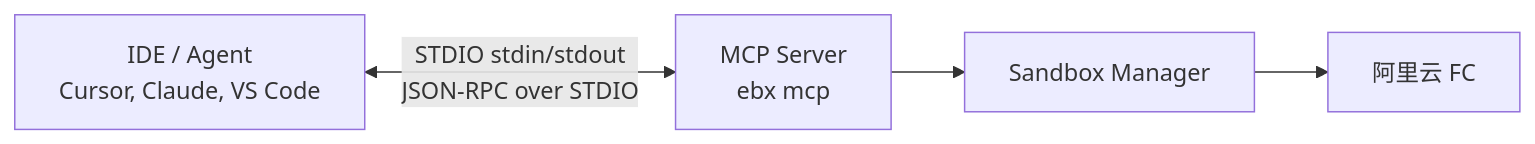
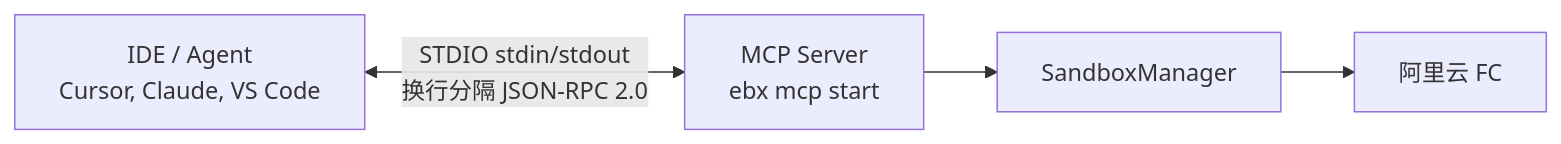
One commit to Easy-Sandbox/easy-sandbox changed the third of 6 diagrams in docs/zh/design/mcp-server.md. Above: the diagram before and after it, drawn with Mermaid. The commit also changed other lines of this file and 338 other files, not shown here.

````diff
--- a/docs/zh/design/mcp-server.md
+++ b/docs/zh/design/mcp-server.md
@@ -262,6 +253,6 @@
 ```mermaid
 graph LR
-    IDE["IDE / Agent<br/>Cursor, Claude, VS Code"] <-->|"STDIO stdin/stdout<br/>JSON-RPC over STDIO"| MCP["MCP Server<br/>ebx mcp"]
-    MCP --> SM[Sandbox Manager]
+    IDE["IDE / Agent<br/>Cursor, Claude, VS Code"] <-->|"STDIO stdin/stdout<br/>换行分隔 JSON-RPC 2.0"| MCP["MCP Server<br/>ebx mcp start"]
+    MCP --> SM[SandboxManager]
     SM --> FC[阿里云 FC]
 ```
````
